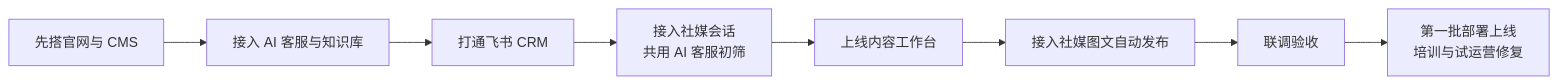
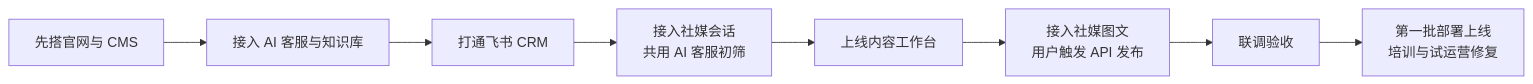
Before and after one commit to jueyunai/ivybm: the sixth of 6 diagrams in docs/requirements/一期需求说明文档.md, drawn with Mermaid. The commit also changed other lines of this file and 10 other files, not shown here.

````diff
--- a/docs/requirements/一期需求说明文档.md
+++ b/docs/requirements/一期需求说明文档.md
@@ -550,10 +552,10 @@
 ```mermaid
 flowchart LR
     A["先搭官网与 CMS"] --> B["接入 AI 客服与知识库"]
     B --> C["打通飞书 CRM"]
     C --> D["接入社媒会话<br/>共用 AI 客服初筛"]
     D --> E["上线内容工作台"]
-    E --> F["接入社媒图文自动发布"]
+    E --> F["接入社媒图文<br/>用户触发 API 发布"]
     F --> G["联调验收"]
     G --> H["第一批部署上线<br/>培训与试运营修复"]
 ```
````
